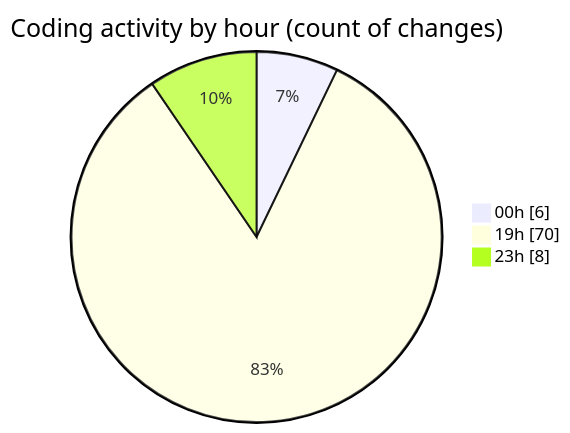
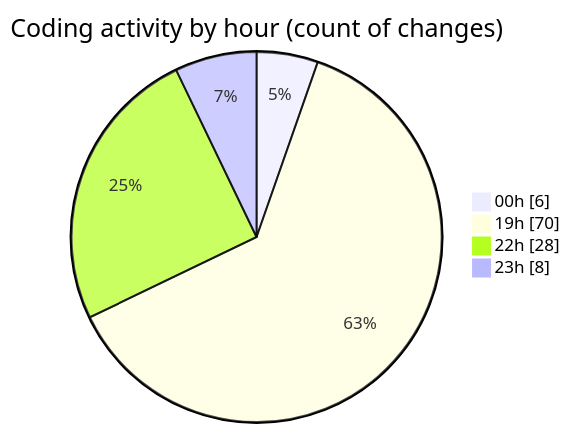
Before and after one commit to Ritupan-Deka/code-tracking: the second of 2 diagrams in 2025-08-05/javascript/README.md, drawn with Mermaid. The commit also changed other lines of this file and 1 other file, not shown here.

````diff
--- a/2025-08-05/javascript/README.md
+++ b/2025-08-05/javascript/README.md
@@ -29,7 +30,8 @@
 ```mermaid
 pie showData
 title Coding activity by hour (count of changes)
 "00h" : 6
 "19h" : 70
+"22h" : 28
 "23h" : 8
 ```
````
